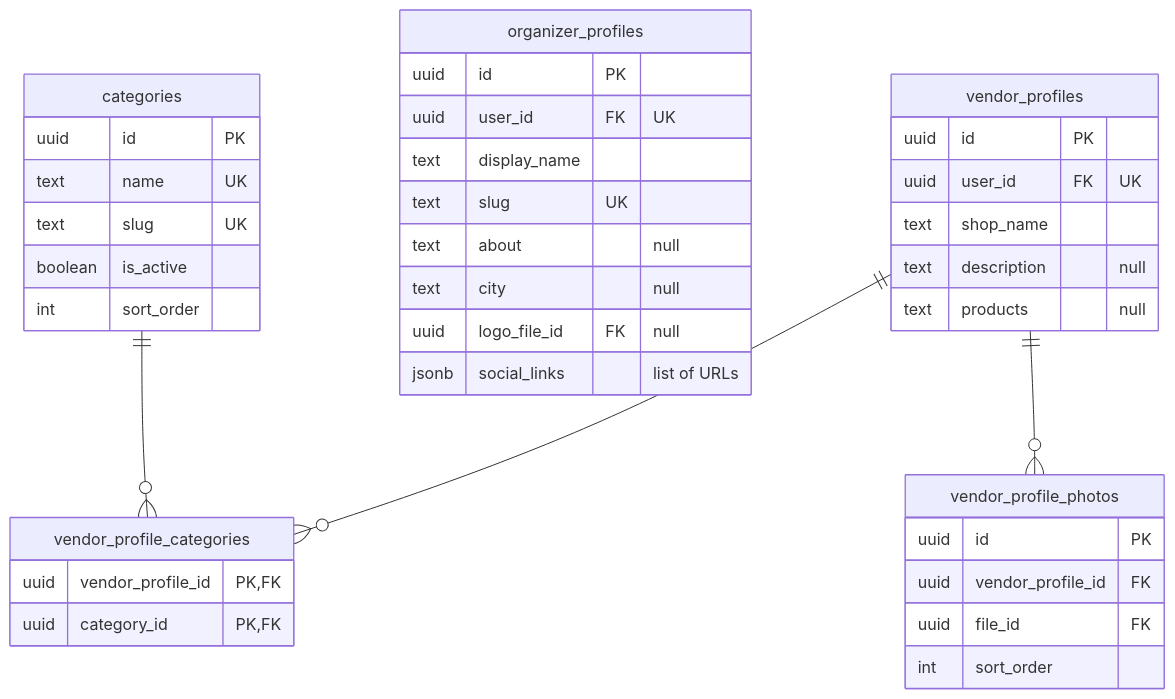
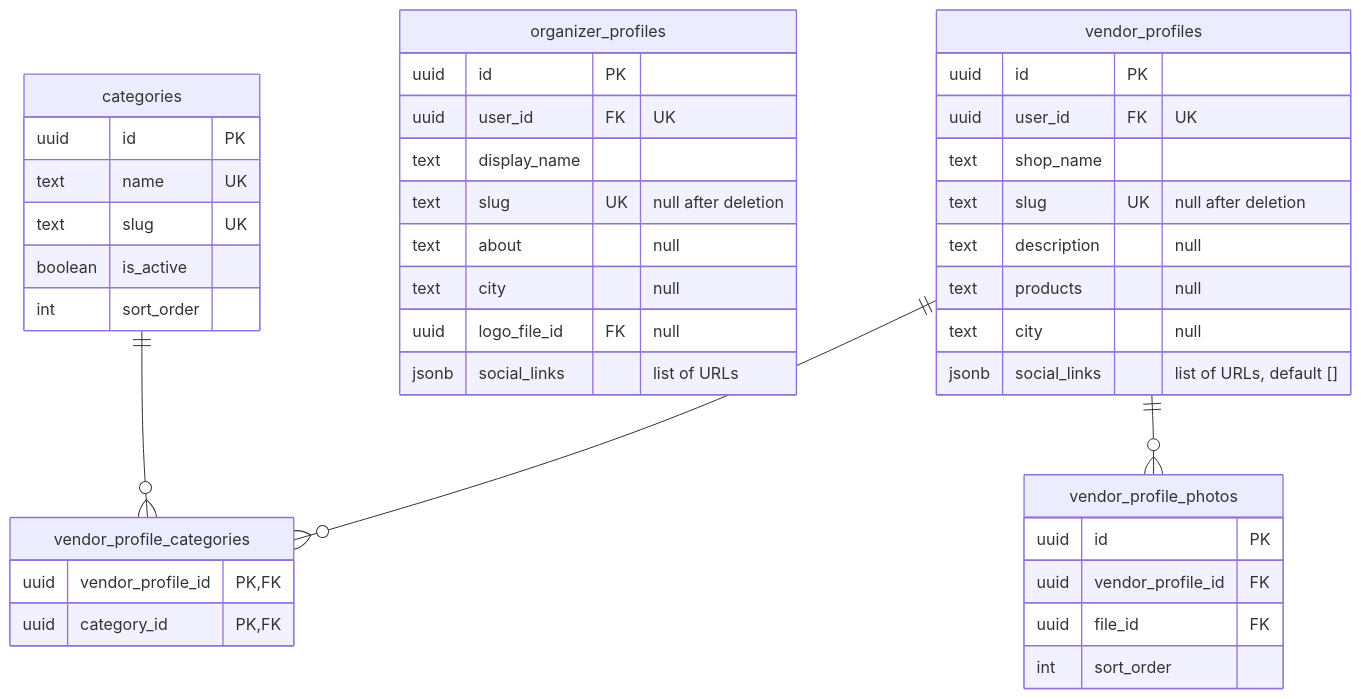
One commit to Aycees/Creavent changed the third of 6 diagrams in docs/data-model.md. Above: the diagram before and after it, drawn with Mermaid. The commit also changed other lines of this file and 8 other files, not shown here.

````diff
--- a/docs/data-model.md
+++ b/docs/data-model.md
@@ -252,40 +258,43 @@
 ```mermaid
 erDiagram
     categories {
         uuid id PK
         text name UK
         text slug UK
         boolean is_active
         int sort_order
     }
     organizer_profiles {
         uuid id PK
         uuid user_id FK "UK"
         text display_name
-        text slug UK
+        text slug UK "null after deletion"
         text about "null"
         text city "null"
         uuid logo_file_id FK "null"
         jsonb social_links "list of URLs"
     }
     vendor_profiles {
         uuid id PK
         uuid user_id FK "UK"
         text shop_name
+        text slug UK "null after deletion"
         text description "null"
         text products "null"
+        text city "null"
+        jsonb social_links "list of URLs, default []"
     }
     vendor_profile_categories {
         uuid vendor_profile_id PK,FK
         uuid category_id PK,FK
     }
     vendor_profile_photos {
         uuid id PK
         uuid vendor_profile_id FK
         uuid file_id FK
         int sort_order
     }
     vendor_profiles ||--o{ vendor_profile_categories : ""
     categories ||--o{ vendor_profile_categories : ""
     vendor_profiles ||--o{ vendor_profile_photos : ""
 ```
````
